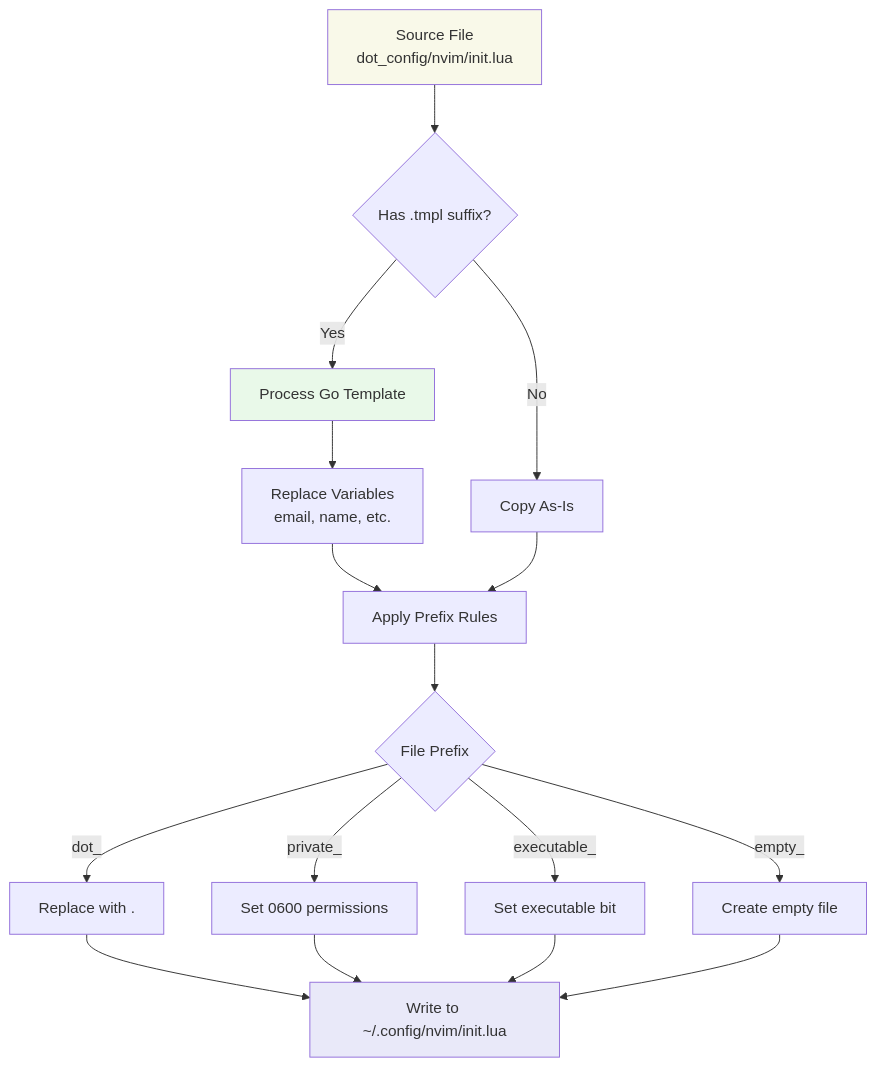
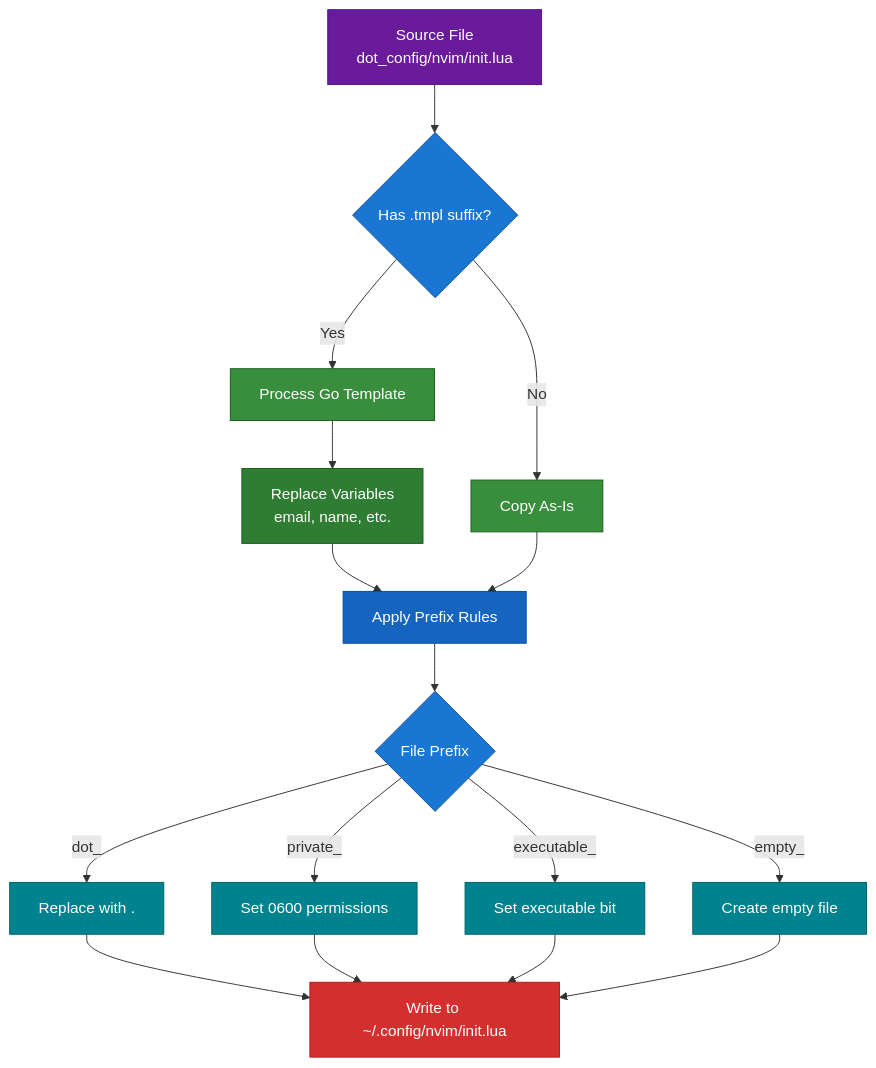
Before and after one commit to mkm29/dotfiles: the fourth of 4 diagrams in README.md, drawn with Mermaid. The commit also changed other lines of this file, not shown here.

Commit message:
Update README.md to enhance diagram styles for workflows and package installation flow

````diff
--- a/README.md
+++ b/README.md
@@ -133,25 +141,34 @@
 ```mermaid
 graph TD
     A[Source File<br/>dot_config/nvim/init.lua] --> B{Has .tmpl suffix?}
     B -->|Yes| C[Process Go Template]
     B -->|No| D[Copy As-Is]
     
     C --> E[Replace Variables<br/>email, name, etc.]
     E --> F[Apply Prefix Rules]
     D --> F
     
     F --> G{File Prefix}
     G -->|dot_| H[Replace with .]
     G -->|private_| I[Set 0600 permissions]
     G -->|executable_| J[Set executable bit]
     G -->|empty_| K[Create empty file]
     
     H --> L[Write to ~/.config/nvim/init.lua]
     I --> L
     J --> L
     K --> L
     
-    style A fill:#f9f9e9
-    style C fill:#e9f9e9
-    style L fill:#e9e9f9
+    style A fill:#6a1b9a,stroke:#4a148c,color:#fff
+    style B fill:#1976d2,stroke:#0d47a1,color:#fff
+    style C fill:#388e3c,stroke:#1b5e20,color:#fff
+    style D fill:#388e3c,stroke:#1b5e20,color:#fff
+    style E fill:#2e7d32,stroke:#1b5e20,color:#fff
+    style F fill:#1565c0,stroke:#0d47a1,color:#fff
+    style G fill:#1976d2,stroke:#0d47a1,color:#fff
+    style H fill:#00838f,stroke:#006064,color:#fff
+    style I fill:#00838f,stroke:#006064,color:#fff
+    style J fill:#00838f,stroke:#006064,color:#fff
+    style K fill:#00838f,stroke:#006064,color:#fff
+    style L fill:#d32f2f,stroke:#b71c1c,color:#fff
 ```
````
